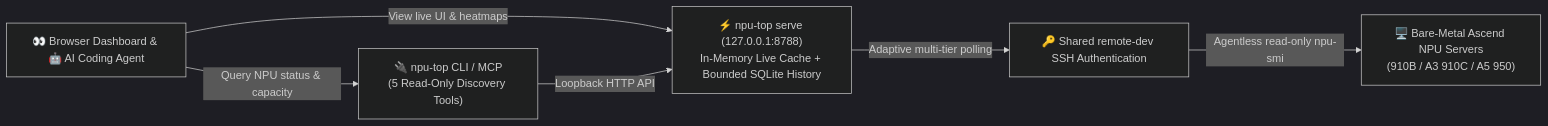
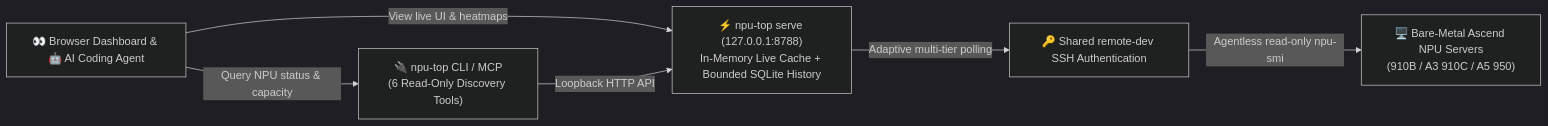
The diagram in README.en.md (mindie-agent/npu-top), drawn with Mermaid (dark theme) before and after one commit. The commit also changed other lines of this file and 1 other file, not shown here.

Commit message:
docs: remove manual install instructions and align 6 read-only MCP tools in README and README.en

````diff
--- a/README.en.md
+++ b/README.en.md
@@ -40,14 +40,14 @@
 ```mermaid
 flowchart LR
     User["👀 Browser Dashboard & 🤖 AI Coding Agent"]
     Server["⚡ npu-top serve (127.0.0.1:8788)<br/>In-Memory Live Cache + Bounded SQLite History"]
-    MCP["🔌 npu-top CLI / MCP<br/>(5 Read-Only Discovery Tools)"]
+    MCP["🔌 npu-top CLI / MCP<br/>(6 Read-Only Discovery Tools)"]
     SSH["🔑 Shared remote-dev SSH Authentication"]
     Hosts["🖥️ Bare-Metal Ascend NPU Servers<br/>(910B / A3 910C / A5 950)"]
 
     User -->|"View live UI & heatmaps"| Server
     User -->|"Query NPU status & capacity"| MCP
     MCP -->|"Loopback HTTP API"| Server
     Server -->|"Adaptive multi-tier polling"| SSH
     SSH -->|"Agentless read-only npu-smi"| Hosts
 ```
````
